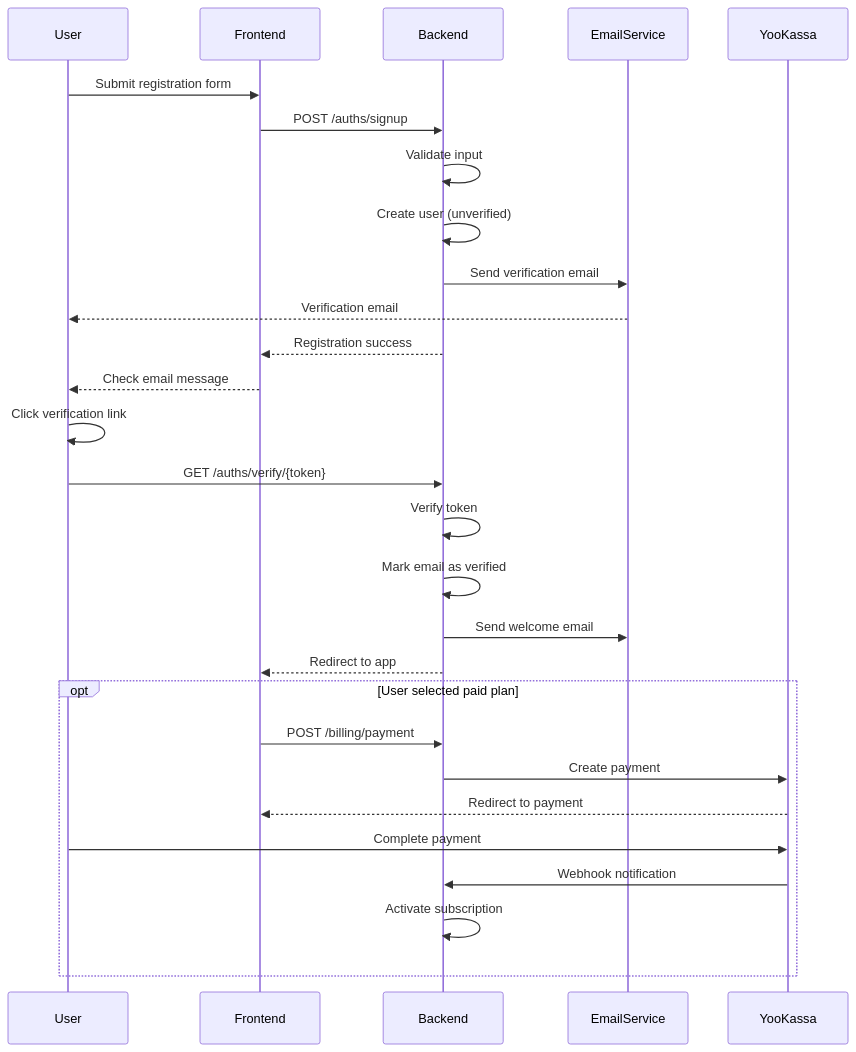
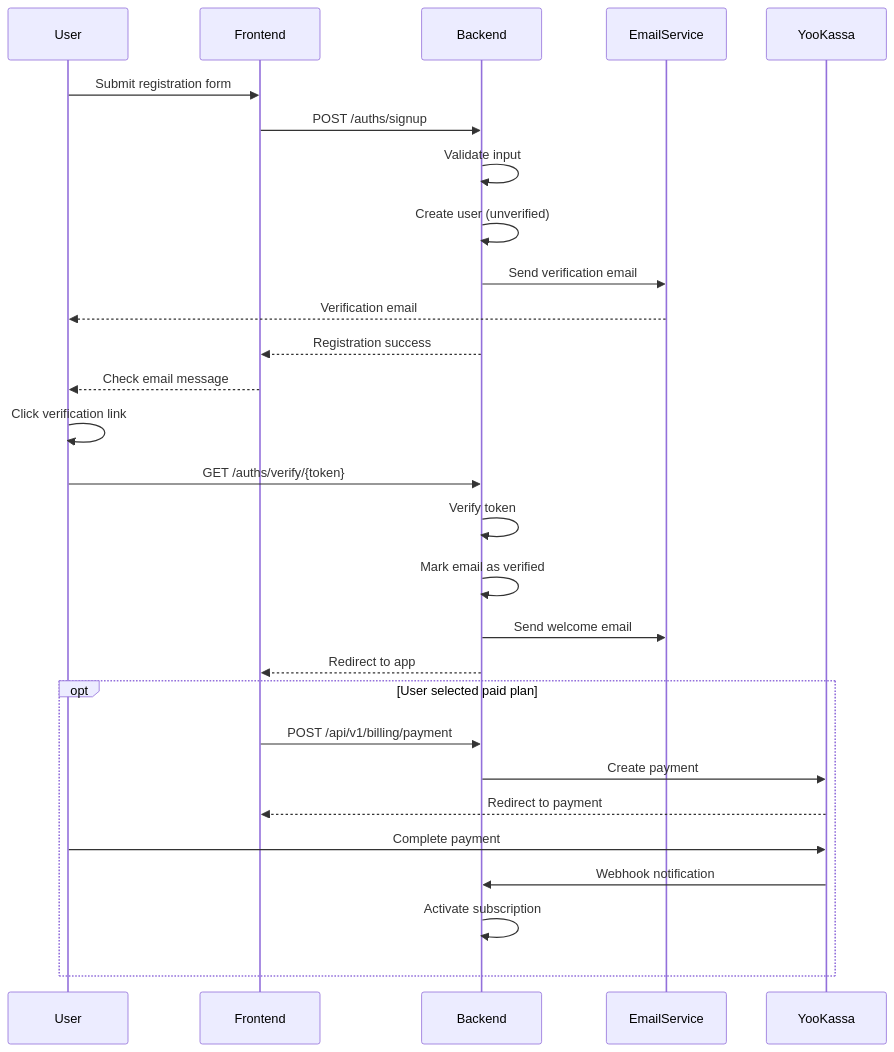
Before and after one commit to yshishenya/open-webui: the second of 4 diagrams in .qoder/quests/b2c-service-development.md, drawn with Mermaid. The commit also changed other lines of this file and 345 other files, not shown here.

````diff
--- a/.qoder/quests/b2c-service-development.md
+++ b/.qoder/quests/b2c-service-development.md
@@ -752,33 +777,33 @@
 ```mermaid
 sequenceDiagram
     participant User
     participant Frontend
     participant Backend
     participant EmailService
     participant YooKassa
-    
+
     User->>Frontend: Submit registration form
     Frontend->>Backend: POST /auths/signup
     Backend->>Backend: Validate input
     Backend->>Backend: Create user (unverified)
     Backend->>EmailService: Send verification email
     EmailService-->>User: Verification email
     Backend-->>Frontend: Registration success
     Frontend-->>User: Check email message
-    
+
     User->>User: Click verification link
     User->>Backend: GET /auths/verify/{token}
     Backend->>Backend: Verify token
     Backend->>Backend: Mark email as verified
     Backend->>EmailService: Send welcome email
     Backend-->>Frontend: Redirect to app
-    
-    opt User selected paid plan
-        Frontend->>Backend: POST /billing/payment
+
+		opt User selected paid plan
+			Frontend->>Backend: POST /api/v1/billing/payment
         Backend->>YooKassa: Create payment
         YooKassa-->>Frontend: Redirect to payment
         User->>YooKassa: Complete payment
         YooKassa->>Backend: Webhook notification
         Backend->>Backend: Activate subscription
     end
 ```
````
